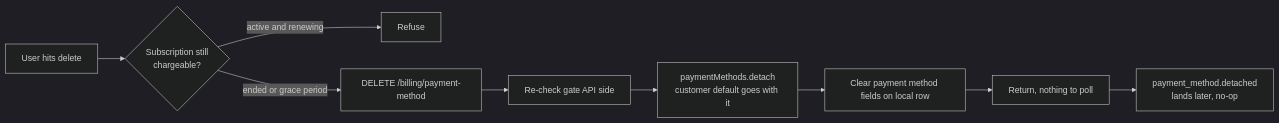
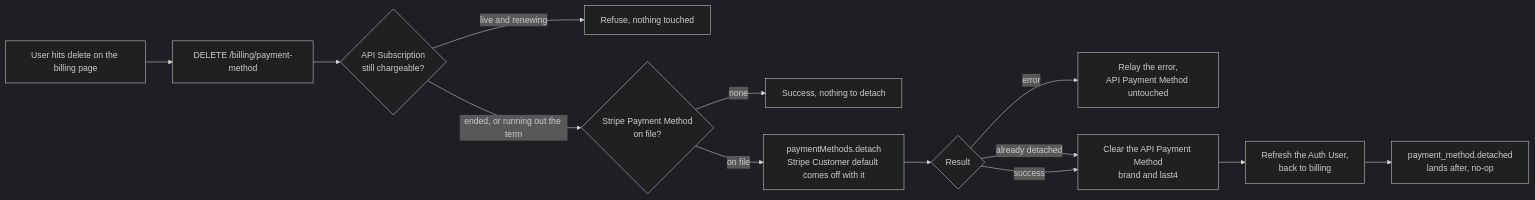
The diagram in flows/billing/stripe/PaymentMethodDelete.md (websanova/starter-flows), drawn with Mermaid (dark theme) before and after one commit. The commit also changed other lines of this file and 3 other files, not shown here.

Commit message:
Update flows into new format.

````diff
--- a/flows/billing/stripe/PaymentMethodDelete.md
+++ b/flows/billing/stripe/PaymentMethodDelete.md
@@ -44,13 +60,19 @@
 ```mermaid
 flowchart LR
-    A[User hits delete] --> B{Subscription still<br/>chargeable?}
+    A[User hits delete on the billing page] --> B["DELETE /billing/payment-method"]
+    B --> C{API Subscription<br/>still chargeable?}
 
-    B -->|active and renewing| C[Refuse]
-    B -->|ended or grace period| D["DELETE /billing/payment-method"]
+    C -->|live and renewing| D[Refuse, nothing touched]
+    C -->|ended, or running out the term| E{Stripe Payment Method<br/>on file?}
 
-    D --> E[Re-check gate API side]
-    E --> F["paymentMethods.detach<br/>customer default goes with it"]
-    F --> G[Clear payment method fields on local row]
-    G --> H[Return, nothing to poll]
-    H --> I["payment_method.detached<br/>lands later, no-op"]
+    E -->|none| F[Success, nothing to detach]
+    E -->|on file| G["paymentMethods.detach<br/>Stripe Customer default comes off with it"]
+
+    G --> H{Result}
+    H -->|error| I[Relay the error,<br/>API Payment Method untouched]
+    H -->|already detached| J
+    H -->|success| J["Clear the API Payment Method<br/>brand and last4"]
+
+    J --> K[Refresh the Auth User,<br/>back to billing]
+    K --> L["payment_method.detached<br/>lands after, no-op"]
 ```
````
